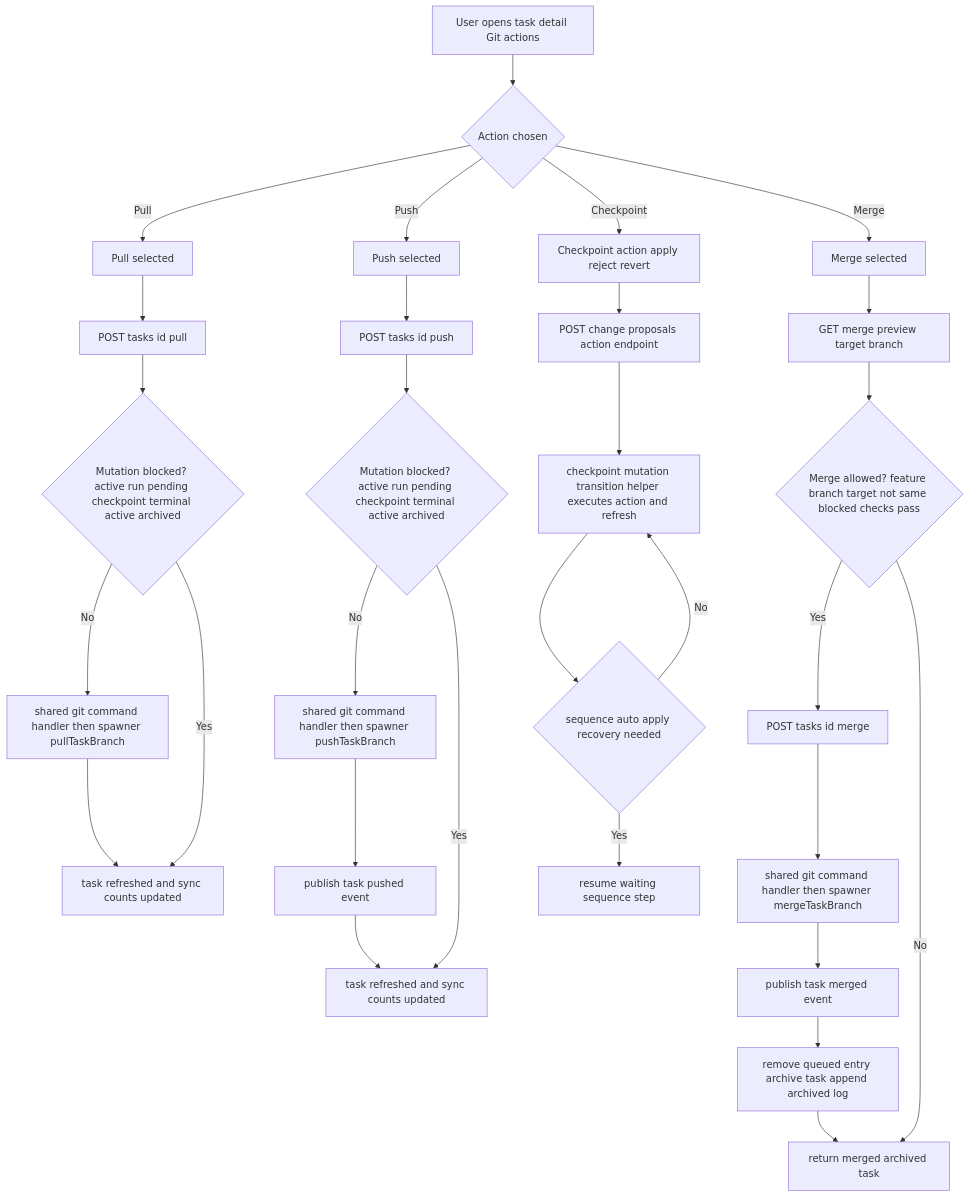
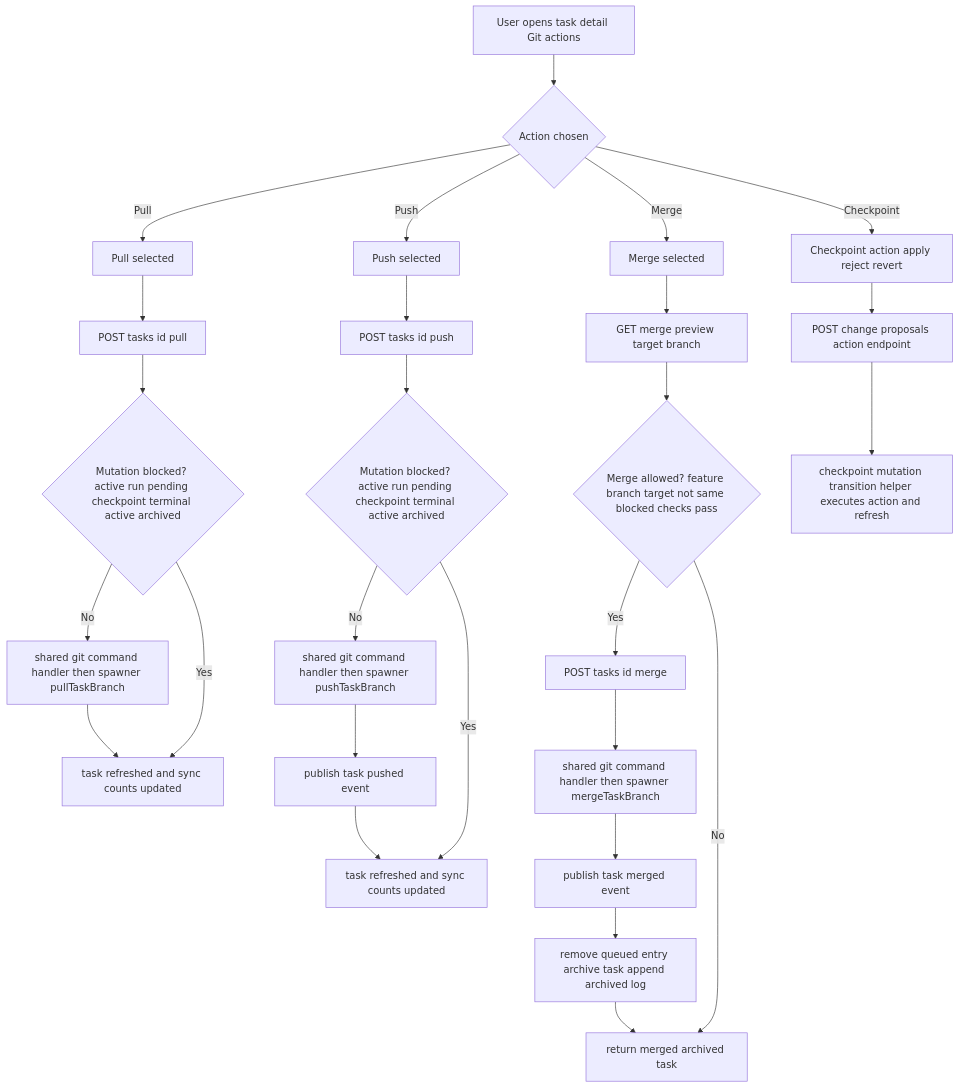
The third of 3 diagrams in docs/product/user-flows.md (coretracker/agentswarm), drawn with Mermaid before and after one commit. The commit also changed other lines of this file and 39 other files, not shown here.

Commit message:
remove sequence feature

````diff
--- a/docs/product/user-flows.md
+++ b/docs/product/user-flows.md
@@ -176,51 +176,46 @@
 ```mermaid
 flowchart TD
   G1[User opens task detail Git actions]
   G2{Action chosen}
 
   G3[Pull selected]
   G4[POST tasks id pull]
   G5{Mutation blocked? active run pending checkpoint terminal active archived}
   G6[shared git command handler then spawner pullTaskBranch]
   G7[task refreshed and sync counts updated]
 
   G8[Push selected]
   G9[POST tasks id push]
   G10{Mutation blocked? active run pending checkpoint terminal active archived}
   G11[shared git command handler then spawner pushTaskBranch]
   G12[publish task pushed event]
   G13[task refreshed and sync counts updated]
 
   G14[Merge selected]
   G15[GET merge preview target branch]
   G16{Merge allowed? feature branch target not same blocked checks pass}
   G17[POST tasks id merge]
   G18[shared git command handler then spawner mergeTaskBranch]
   G19[publish task merged event]
   G20[remove queued entry archive task append archived log]
   G21[return merged archived task]
 
   G22[Checkpoint action apply reject revert]
   G23[POST change proposals action endpoint]
   G24[checkpoint mutation transition helper executes action and refresh]
-  G25{sequence auto apply recovery needed}
-  G26[resume waiting sequence step]
-
   G1 --> G2
 
   G2 -- Pull --> G3 --> G4 --> G5
   G5 -- No --> G6 --> G7
   G5 -- Yes --> G7
 
   G2 -- Push --> G8 --> G9 --> G10
   G10 -- No --> G11 --> G12 --> G13
   G10 -- Yes --> G13
 
   G2 -- Merge --> G14 --> G15 --> G16
   G16 -- Yes --> G17 --> G18 --> G19 --> G20 --> G21
   G16 -- No --> G21
 
-  G2 -- Checkpoint --> G22 --> G23 --> G24 --> G25
-  G25 -- Yes --> G26
-  G25 -- No --> G24
+  G2 -- Checkpoint --> G22 --> G23 --> G24
 ```
````
